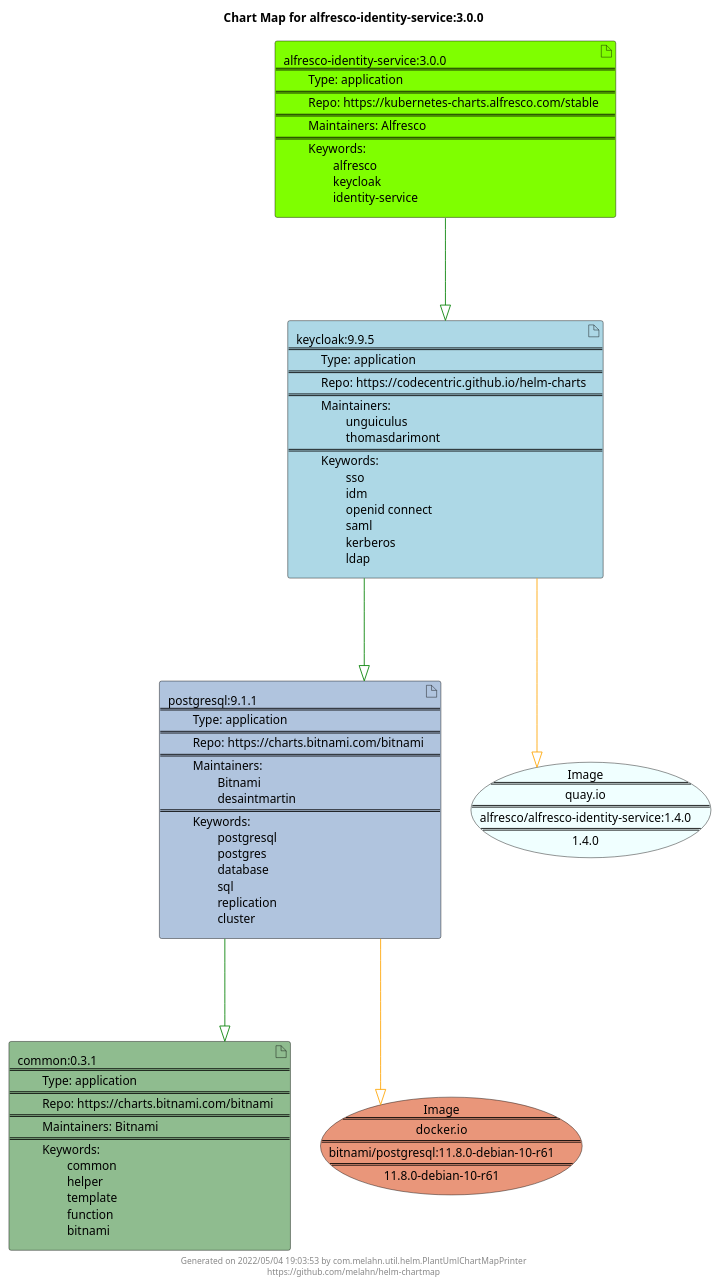
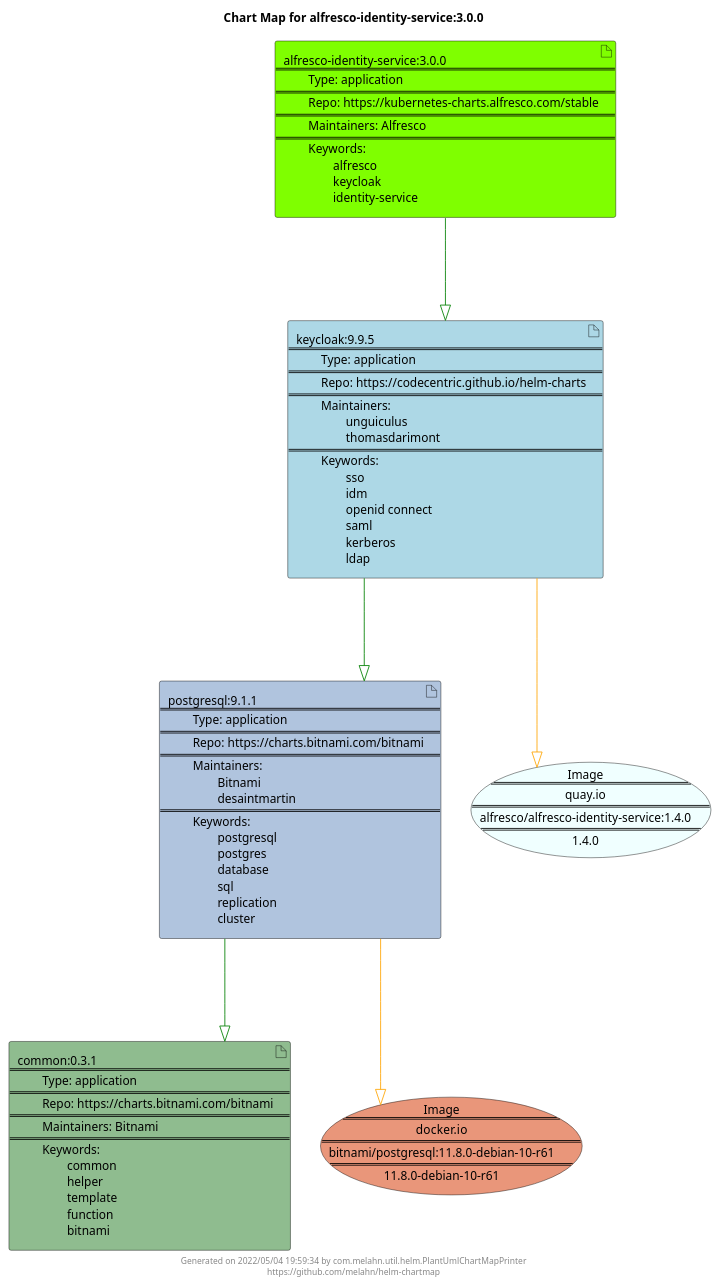
Before and after one commit to melahn/helm-chartmap: the diagram in docs/alfresco-identity-service/alfresco-identity-service-3.0.0.puml, drawn with PlantUML. The commit also changed 56 other files, not shown here.

Commit message:
Update Example Chart Maps as part of GitHub build

```diff
--- a/docs/alfresco-identity-service/alfresco-identity-service-3.0.0.puml
+++ b/docs/alfresco-identity-service/alfresco-identity-service-3.0.0.puml
@@ -1,29 +1,29 @@
 @startuml
 skinparam linetype ortho
 skinparam backgroundColor white
 skinparam usecaseBorderColor black
 skinparam usecaseArrowColor LightSlateGray
 skinparam artifactBorderColor black
 skinparam artifactArrowColor LightSlateGray
 
 title Chart Map for alfresco-identity-service:3.0.0
 
 'There are 4 referenced Helm Charts
 artifact "postgresql:9.1.1\n====\n\tType: application\n====\n\tRepo: https://charts.bitnami.com/bitnami\n====\n\tMaintainers: \n\t\tBitnami\n\t\tdesaintmartin\n====\n\tKeywords: \n\t\tpostgresql\n\t\tpostgres\n\t\tdatabase\n\t\tsql\n\t\treplication\n\t\tcluster" as postgresql_9_1_1 #LightSteelBlue
 artifact "alfresco-identity-service:3.0.0\n====\n\tType: application\n====\n\tRepo: https://kubernetes-charts.alfresco.com/stable\n====\n\tMaintainers: Alfresco\n====\n\tKeywords: \n\t\talfresco\n\t\tkeycloak\n\t\tidentity-service" as alfresco_identity_service_3_0_0 #Chartreuse
 artifact "keycloak:9.9.5\n====\n\tType: application\n====\n\tRepo: https://codecentric.github.io/helm-charts\n====\n\tMaintainers: \n\t\tunguiculus\n\t\tthomasdarimont\n====\n\tKeywords: \n\t\tsso\n\t\tidm\n\t\topenid connect\n\t\tsaml\n\t\tkerberos\n\t\tldap" as keycloak_9_9_5 #LightBlue
 artifact "common:0.3.1\n====\n\tType: application\n====\n\tRepo: https://charts.bitnami.com/bitnami\n====\n\tMaintainers: Bitnami\n====\n\tKeywords: \n\t\tcommon\n\t\thelper\n\t\ttemplate\n\t\tfunction\n\t\tbitnami" as common_0_3_1 #DarkSeaGreen
 
 'There are 2 referenced Docker Images
 usecase "Image\n====\ndocker.io\n====\nbitnami/postgresql:11.8.0-debian-10-r61\n====\n11.8.0-debian-10-r61" as docker_io_bitnami_postgresql_11_8_0_debian_10_r61 #DarkSalmon
 usecase "Image\n====\nquay.io\n====\nalfresco/alfresco-identity-service:1.4.0\n====\n1.4.0" as quay_io_alfresco_alfresco_identity_service_1_4_0 #Azure
 
 'Chart Dependencies
 alfresco_identity_service_3_0_0--[#green]-|>keycloak_9_9_5
 keycloak_9_9_5--[#green]-|>postgresql_9_1_1
 postgresql_9_1_1--[#green]-|>common_0_3_1
 postgresql_9_1_1--[#orange]-|>docker_io_bitnami_postgresql_11_8_0_debian_10_r61
 keycloak_9_9_5--[#orange]-|>quay_io_alfresco_alfresco_identity_service_1_4_0
 
-center footer Generated on 2022/05/04 19:03:53 by com.melahn.util.helm.PlantUmlChartMapPrinter\nhttps://github.com/melahn/helm-chartmap
+center footer Generated on 2022/05/04 19:59:34 by com.melahn.util.helm.PlantUmlChartMapPrinter\nhttps://github.com/melahn/helm-chartmap
 @enduml
```
